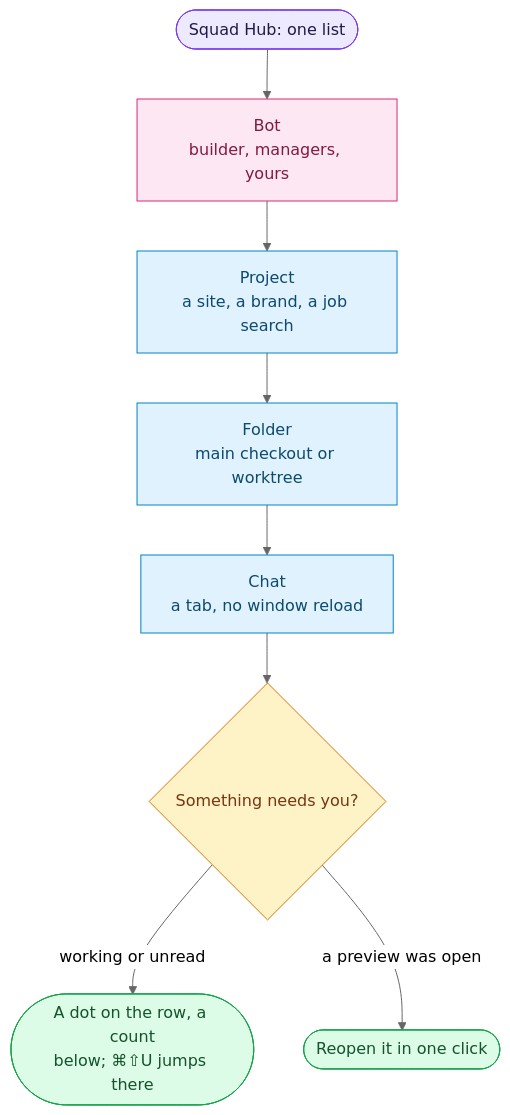
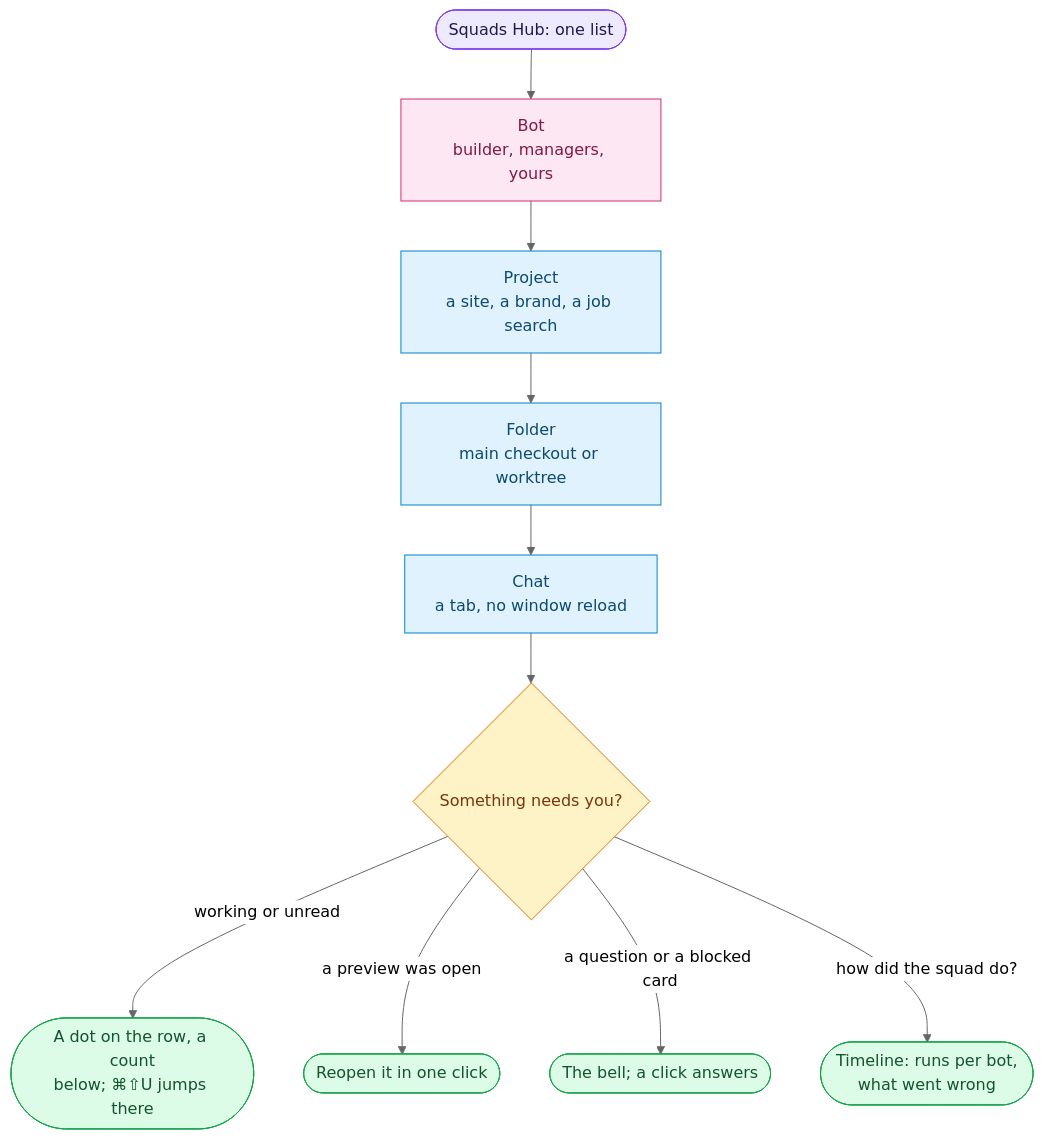
One commit to PuntoyComaTech/hermes-agent-squads changed the third of 3 diagrams in README.md. Above: the diagram before and after it, drawn with Mermaid (neutral theme). The commit also changed other lines of this file and 23 other files, not shown here.

Commit message:
feat: 2.19.0 squad-hub at work: timeline, bell, card detail, PR chips, cards in chat, managers ask with buttons; jobs 4.9.0 clicked approvals, auto first

````diff
--- a/README.md
+++ b/README.md
@@ -114,17 +115,19 @@
 ```mermaid
 flowchart TD
-    H(["Squad Hub: one list"]):::you
+    H(["Squads Hub: one list"]):::you
     H --> B["Bot<br/>builder, managers, yours"]:::lead
     B --> P["Project<br/>a site, a brand, a job search"]:::bot
     P --> F["Folder<br/>main checkout or worktree"]:::bot
     F --> C["Chat<br/>a tab, no window reload"]:::bot
     C --> N{"Something needs you?"}:::ask
     N -->|"working or unread"| S(["A dot on the row, a count<br/>below; ⌘⇧U jumps there"]):::done
     N -->|"a preview was open"| V(["Reopen it in one click"]):::done
+    N -->|"a question or a blocked card"| Q(["The bell; a click answers"]):::done
+    N -->|"how did the squad do?"| T(["Timeline: runs per bot,<br/>what went wrong"]):::done
 
     classDef you fill:#ede9fe,stroke:#7c3aed,color:#1e1b4b
     classDef lead fill:#fce7f3,stroke:#db2777,color:#831843
     classDef bot fill:#e0f2fe,stroke:#0284c7,color:#0c4a6e
     classDef ask fill:#fef3c7,stroke:#d97706,color:#78350f
     classDef done fill:#dcfce7,stroke:#16a34a,color:#14532d
 ```
````
